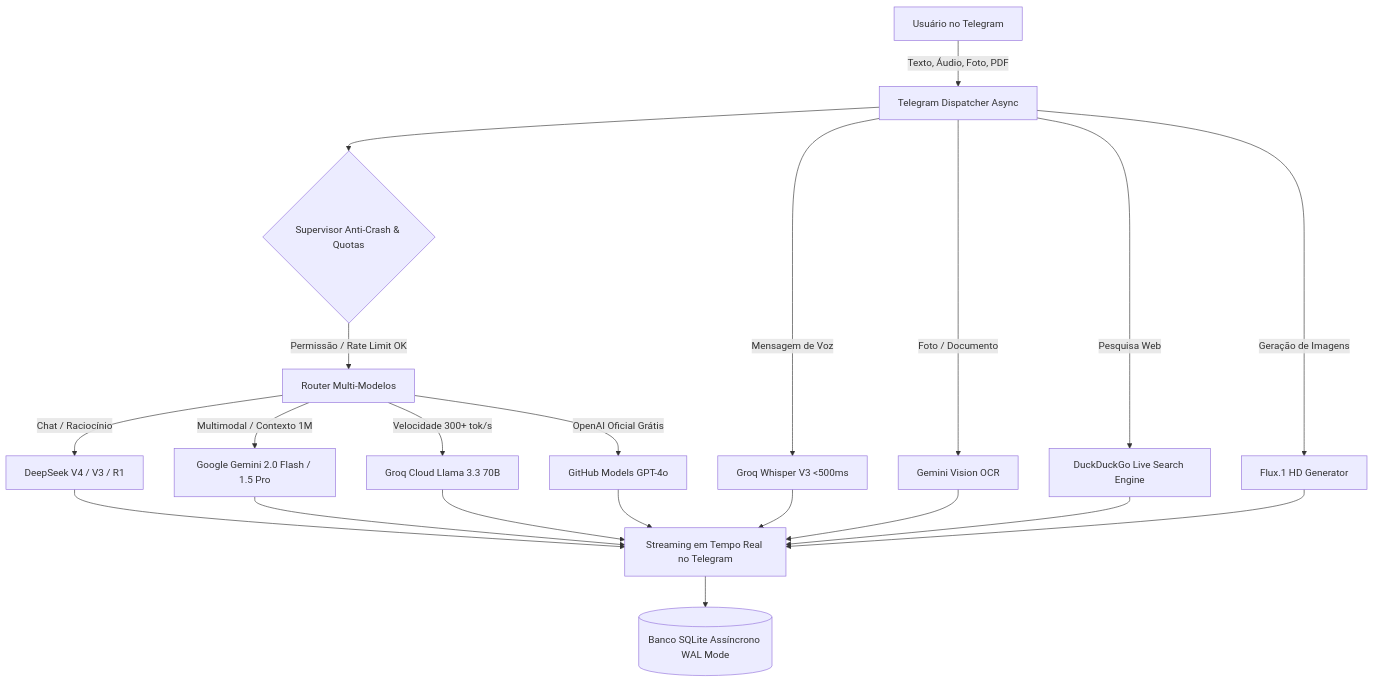
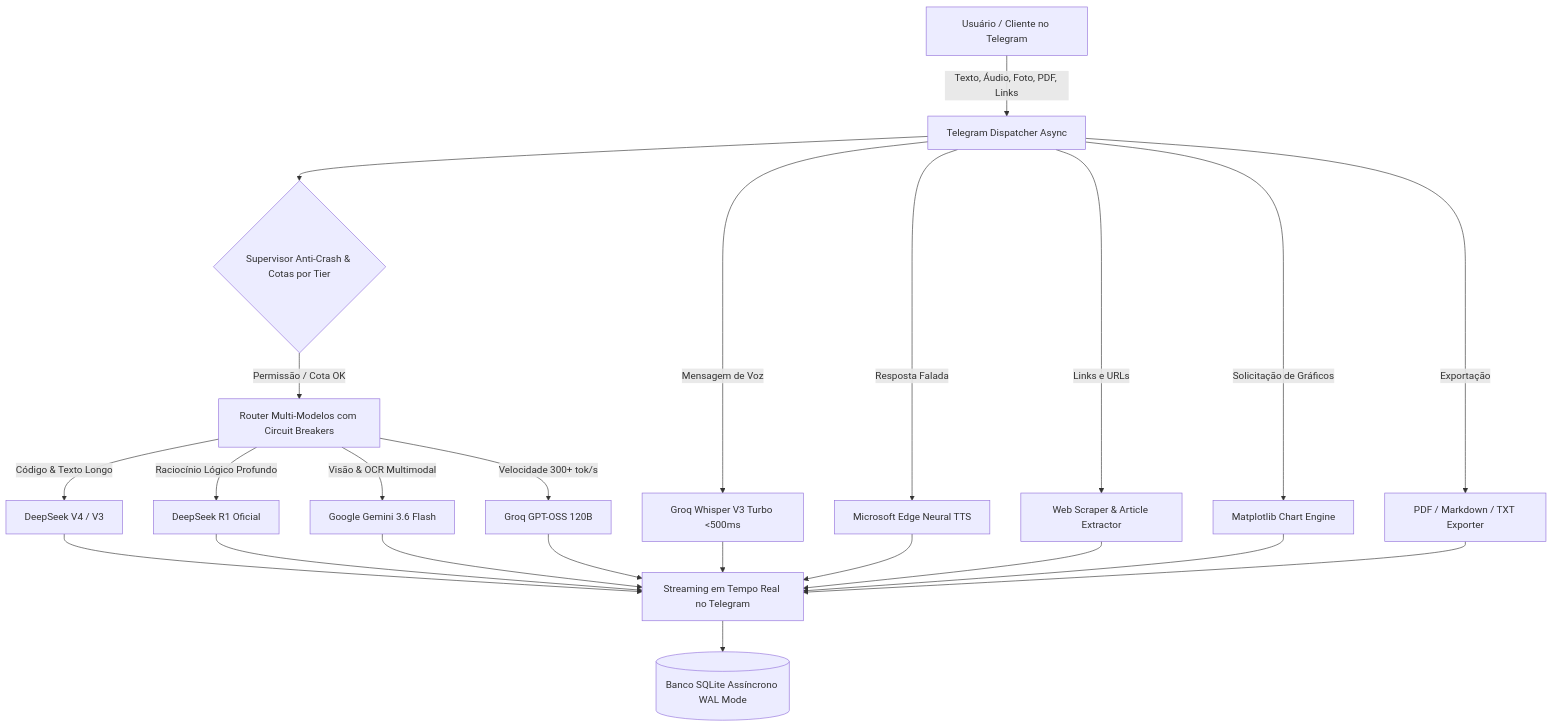
One commit to daniel-18212/brain-bot changed the diagram in README.md. Above: the diagram before and after it, drawn with Mermaid. The commit also changed other lines of this file and 2 other files, not shown here.

````diff
--- a/README.md
+++ b/README.md
@@ -25,19 +25,20 @@
 ```mermaid
 graph TD
-    A[Usuário no Telegram] -->|Texto, Áudio, Foto, PDF| B[Telegram Dispatcher Async]
-    B --> C{Supervisor Anti-Crash & Quotas}
-    C -->|Permissão / Rate Limit OK| D[Router Multi-Modelos]
+    A[Usuário / Cliente no Telegram] -->|Texto, Áudio, Foto, PDF, Links| B[Telegram Dispatcher Async]
+    B --> C{Supervisor Anti-Crash & Cotas por Tier}
+    C -->|Permissão / Cota OK| D[Router Multi-Modelos com Circuit Breakers]
     
-    D -->|Chat / Raciocínio| E[DeepSeek V4 / V3 / R1]
-    D -->|Multimodal / Contexto 1M| F[Google Gemini 2.0 Flash / 1.5 Pro]
-    D -->|Velocidade 300+ tok/s| G[Groq Cloud Llama 3.3 70B]
-    D -->|OpenAI Oficial Grátis| H[GitHub Models GPT-4o]
+    D -->|Código & Texto Longo| E[DeepSeek V4 / V3]
+    D -->|Raciocínio Lógico Profundo| F[DeepSeek R1 Oficial]
+    D -->|Visão & OCR Multimodal| G[Google Gemini 3.6 Flash]
+    D -->|Velocidade 300+ tok/s| H[Groq GPT-OSS 120B]
     
-    B -->|Mensagem de Voz| I[Groq Whisper V3 <500ms]
-    B -->|Foto / Documento| J[Gemini Vision OCR]
-    B -->|Pesquisa Web| K[DuckDuckGo Live Search Engine]
-    B -->|Geração de Imagens| L[Flux.1 HD Generator]
+    B -->|Mensagem de Voz| I[Groq Whisper V3 Turbo <500ms]
+    B -->|Resposta Falada| J[Microsoft Edge Neural TTS]
+    B -->|Links e URLs| K[Web Scraper & Article Extractor]
+    B -->|Solicitação de Gráficos| L[Matplotlib Chart Engine]
+    B -->|Exportação| M[PDF / Markdown / TXT Exporter]
     
-    E & F & G & H & I & J & K & L --> M[Streaming em Tempo Real no Telegram]
-    M --> N[(Banco SQLite Assíncrono WAL Mode)]
+    E & F & G & H & I & J & K & L & M --> N[Streaming em Tempo Real no Telegram]
+    N --> O[(Banco SQLite Assíncrono WAL Mode)]
 ```
````
